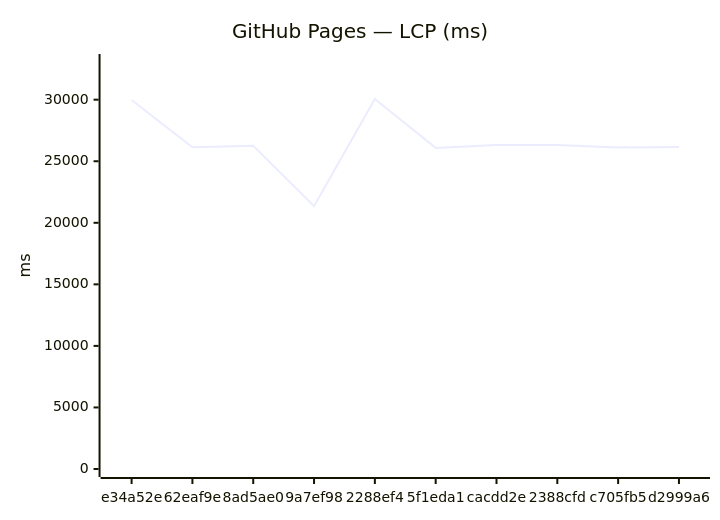
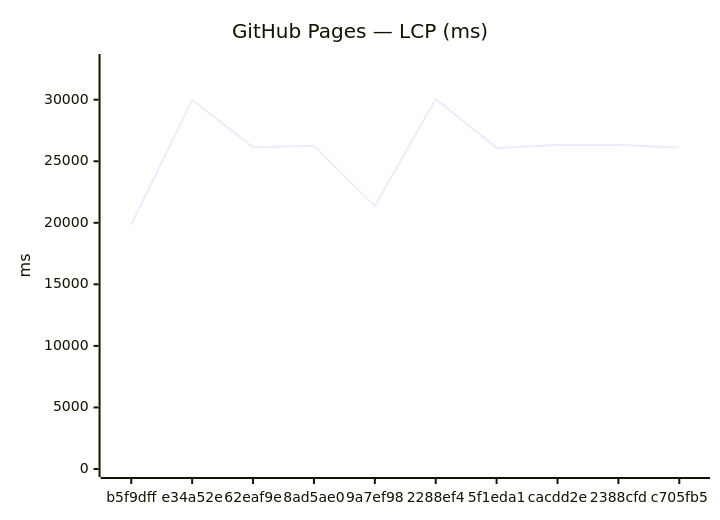
One commit to Metaheurist/Rianell changed the third of 12 diagrams in benchmarks/compare.md. Above: the diagram before and after it, drawn with Mermaid. The commit also changed other lines of this file and 8 other files, not shown here.

````diff
--- a/benchmarks/compare.md
+++ b/benchmarks/compare.md
@@ -54,7 +54,7 @@
 ```mermaid
 xychart-beta
     title "GitHub Pages — LCP (ms)"
-    x-axis ["e34a52e", "62eaf9e", "8ad5ae0", "9a7ef98", "2288ef4", "5f1eda1", "cacdd2e", "2388cfd", "c705fb5", "d2999a6"]
+    x-axis ["b5f9dff", "e34a52e", "62eaf9e", "8ad5ae0", "9a7ef98", "2288ef4", "5f1eda1", "cacdd2e", "2388cfd", "c705fb5"]
     y-axis "ms" 0 --> 33062
-    line [29974, 26139, 26251, 21355, 30056, 26085, 26327, 26326, 26120, 26164]
+    line [19849, 29974, 26139, 26251, 21355, 30056, 26085, 26327, 26326, 26120]
 ```
````
